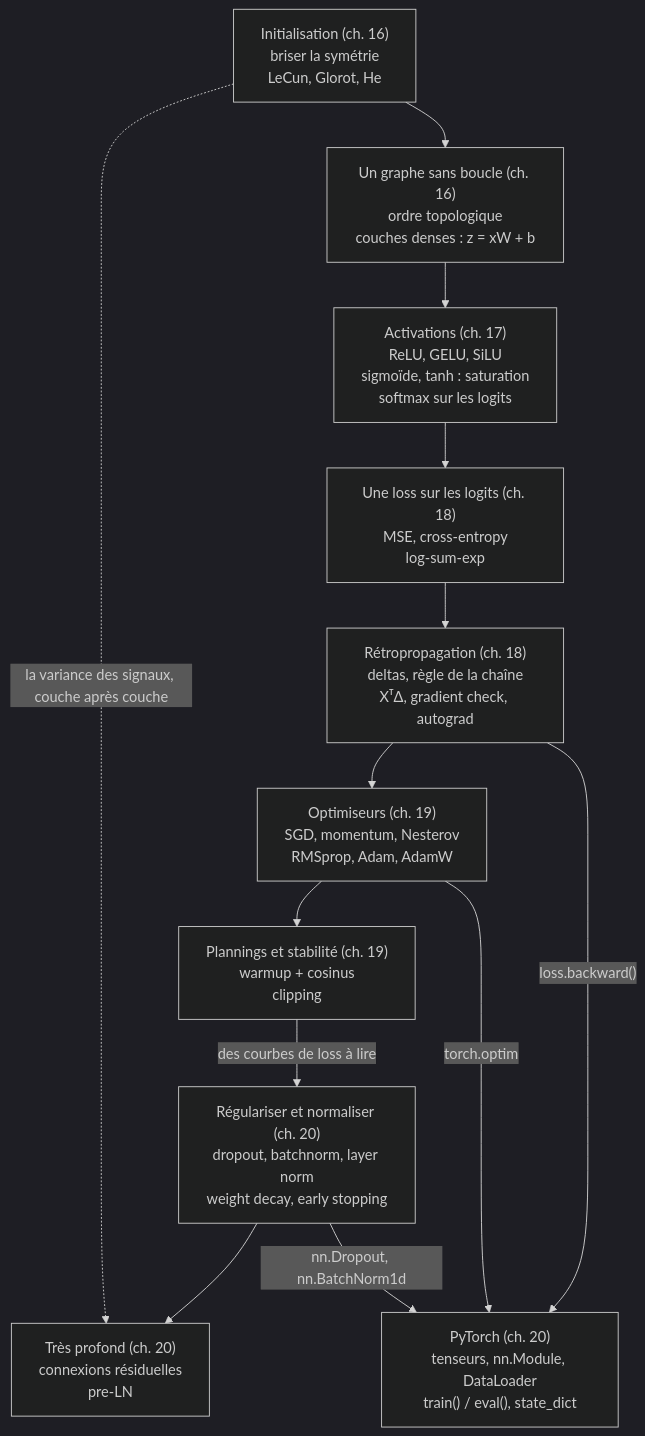
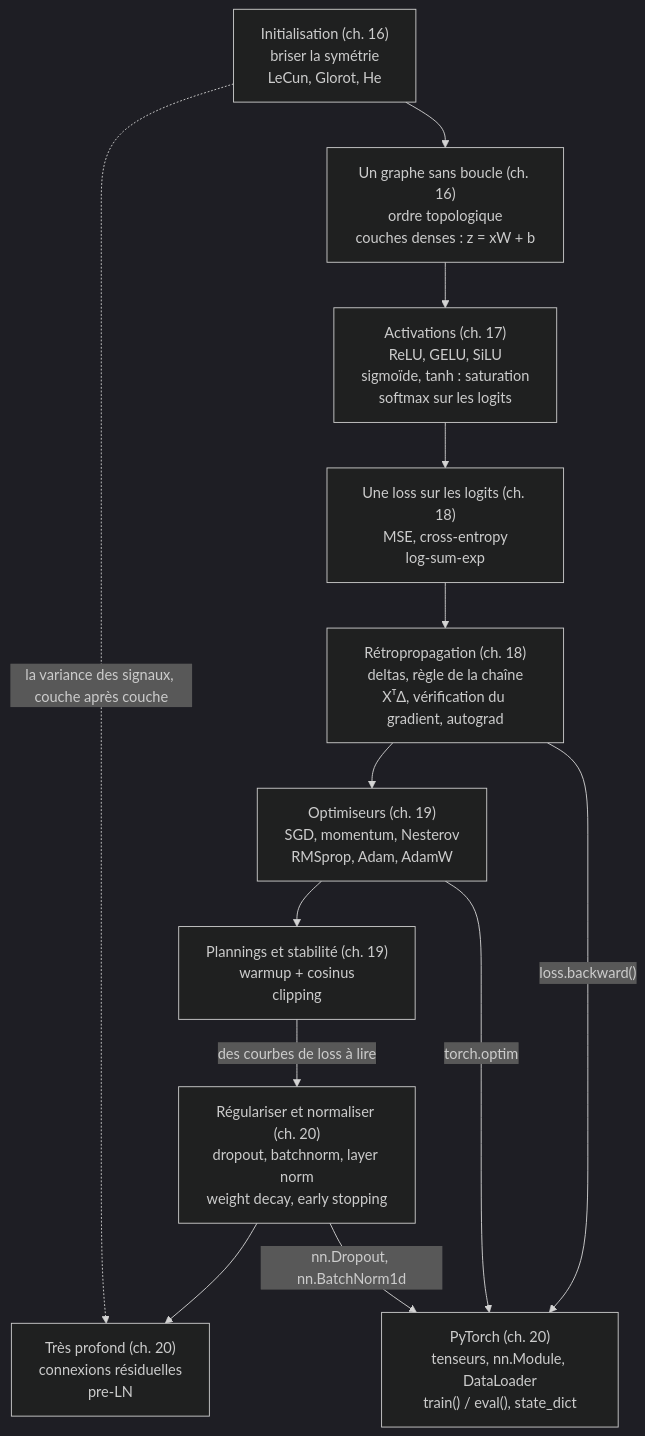
One commit to cemah2/workbookIA changed the diagram in checkpoints/partie_4/05_synthese.md. Above: the diagram before and after it, drawn with Mermaid (dark theme). The commit also changed 153 other files, not shown here.

````diff
--- a/checkpoints/partie_4/05_synthese.md
+++ b/checkpoints/partie_4/05_synthese.md
@@ -15,22 +15,22 @@
 ```mermaid
 flowchart TD
   G["Un graphe sans boucle (ch. 16)<br/>ordre topologique<br/>couches denses : z = xW + b"]
   I["Initialisation (ch. 16)<br/>briser la symétrie<br/>LeCun, Glorot, He"]
   A["Activations (ch. 17)<br/>ReLU, GELU, SiLU<br/>sigmoïde, tanh : saturation<br/>softmax sur les logits"]
   L["Une loss sur les logits (ch. 18)<br/>MSE, cross-entropy<br/>log-sum-exp"]
-  B["Rétropropagation (ch. 18)<br/>deltas, règle de la chaîne<br/>XᵀΔ, gradient check, autograd"]
+  B["Rétropropagation (ch. 18)<br/>deltas, règle de la chaîne<br/>XᵀΔ, vérification du gradient, autograd"]
   O["Optimiseurs (ch. 19)<br/>SGD, momentum, Nesterov<br/>RMSprop, Adam, AdamW"]
   P["Plannings et stabilité (ch. 19)<br/>warmup + cosinus<br/>clipping"]
   R["Régulariser et normaliser (ch. 20)<br/>dropout, batchnorm, layer norm<br/>weight decay, early stopping"]
   D["Très profond (ch. 20)<br/>connexions résiduelles<br/>pre-LN"]
   T["PyTorch (ch. 20)<br/>tenseurs, nn.Module, DataLoader<br/>train() / eval(), state_dict"]
   G --> A --> L --> B --> O
   I --> G
   O --> P
   P -->|"des courbes de loss à lire"| R
   R --> D
   B -->|"loss.backward()"| T
   O -->|"torch.optim"| T
   R -->|"nn.Dropout, nn.BatchNorm1d"| T
   I -.->|"la variance des signaux, couche après couche"| D
 ```
````
